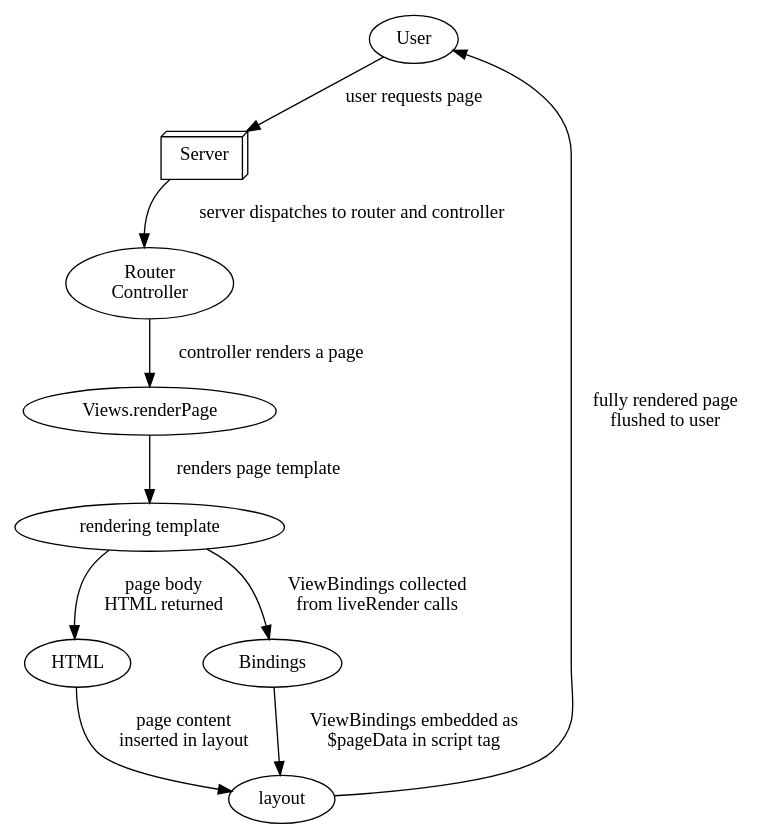
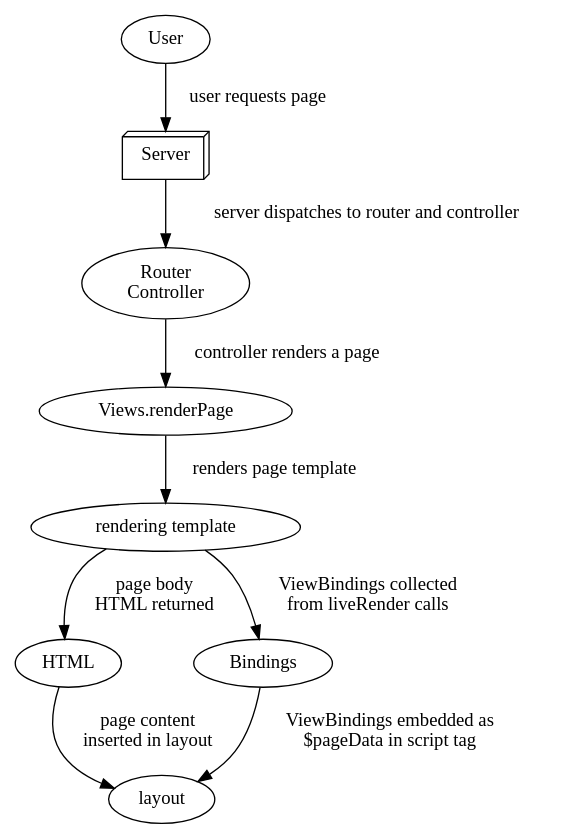
The diagram in doc/diagrams/page_render.dot (node-migrator-bot/Transitive), drawn with Graphviz before and after one commit. The commit also changed 12 other files, not shown here.

```diff
--- a/doc/diagrams/page_render.dot
+++ b/doc/diagrams/page_render.dot
@@ -1,21 +1,21 @@
 digraph page_render{
   u[label="User"]
   s[label="Server" shape="box3d"]
   rc[label="Router\nController"]
   v[label="Views.renderPage"]
   h[label="HTML"]
   b[label="Bindings"]
   rt[label="rendering template"]
   l[label="layout"]
 
   u -> s [label="user requests page"]
   s -> rc [label="server dispatches to router and controller"]
   rc -> v [label="controller renders a page"]
   v -> rt [label="renders page template"]
   rt -> h [label="page body \n HTML returned"]
   rt -> b [label="ViewBindings collected \n from liveRender calls"]
  
   h -> l [label="page content \n inserted in layout"]
   b -> l [label="ViewBindings embedded as \n $pageData in script tag"]
-  l -> u [label="fully rendered page\n flushed to user"]
+  //l -> u [label="fully rendered page\n flushed to user"]
 }
```
